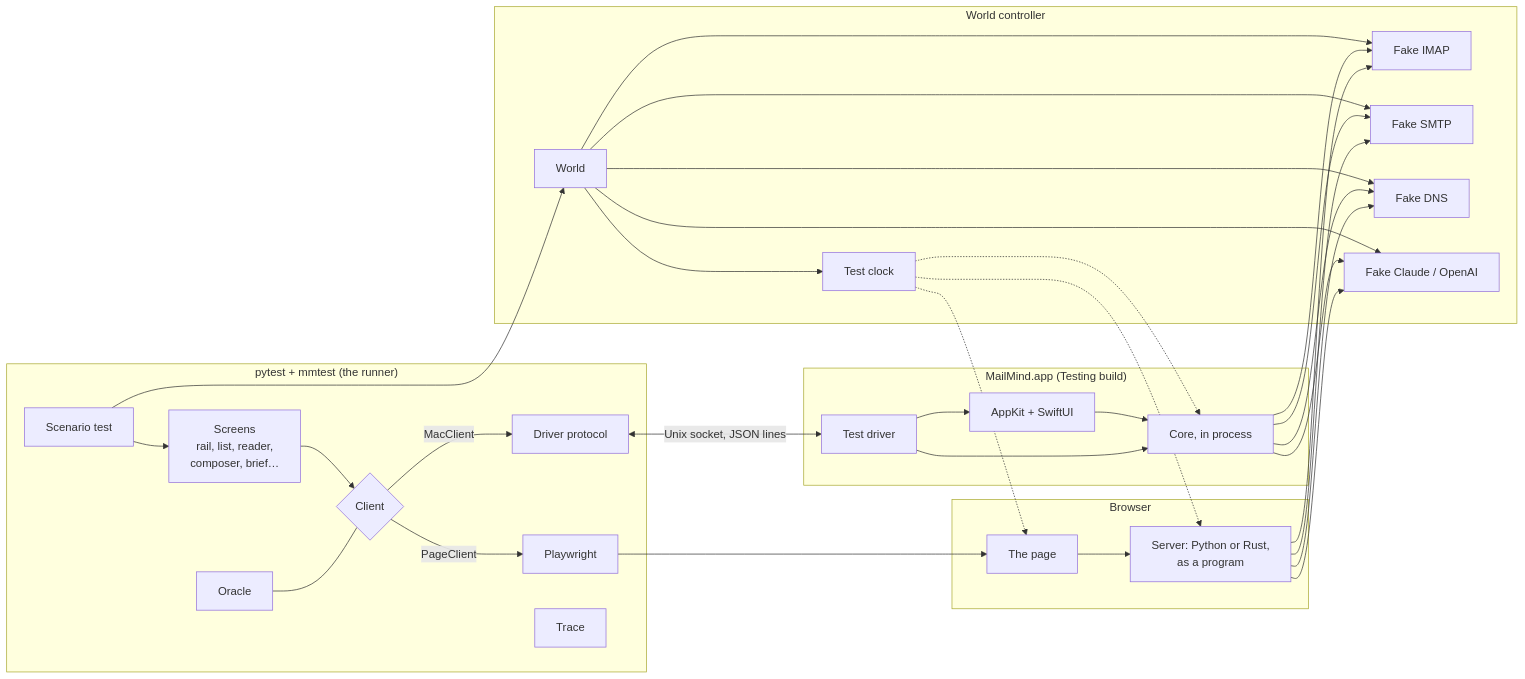
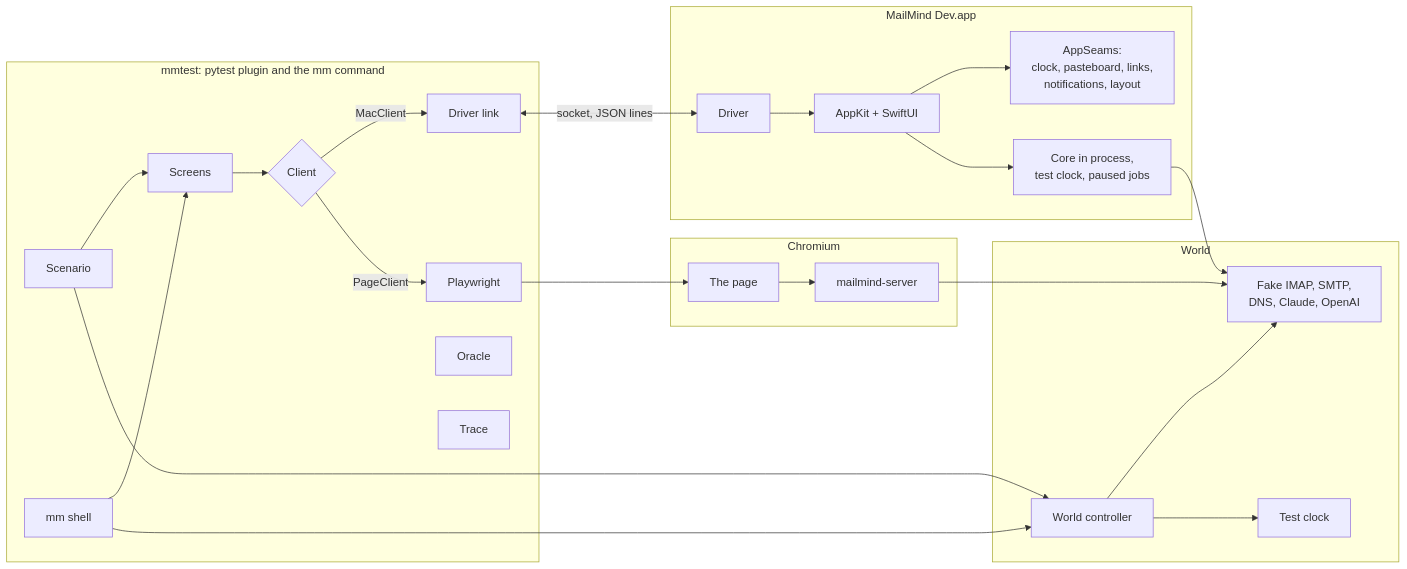
One commit to lanterno/mailmind changed the first of 2 diagrams in docs/test-architecture.md. Above: the diagram before and after it, drawn with Mermaid. The commit also changed other lines of this file and 1 other file, not shown here.

Commit message:
Revise the end-to-end framework after review: two lanes, MailMind Dev and its seams, one test clock, settling on event ids, mm, plain Python

````diff
--- a/docs/test-architecture.md
+++ b/docs/test-architecture.md
@@ -13,36 +14,32 @@
 ```mermaid
 flowchart LR
-    subgraph Runner["pytest + mmtest (the runner)"]
-        T[Scenario test] --> S[Screens<br/>rail, list, reader,<br/>composer, brief…]
+    subgraph Runner["mmtest: pytest plugin and the mm command"]
+        T[Scenario] --> S[Screens]
+        CLI[mm shell] --> S
         S --> C{Client}
-        C -->|MacClient| MD[Driver protocol]
+        C -->|MacClient| MD[Driver link]
         C -->|PageClient| PW[Playwright]
-        O[Oracle] --- C
+        O[Oracle]
         TR[Trace]
     end
 
-    subgraph World["World controller"]
-        W[World] --> IMAP[Fake IMAP]
-        W --> SMTP[Fake SMTP]
-        W --> DNS[Fake DNS]
-        W --> AI[Fake Claude / OpenAI]
+    subgraph World["World"]
+        W[World controller] --> F[Fake IMAP, SMTP,<br/>DNS, Claude, OpenAI]
         W --> CLK[Test clock]
     end
 
-    subgraph Mac["MailMind.app (Testing build)"]
-        DRV[Test driver] --> UI[AppKit + SwiftUI]
-        UI --> CORE[Core, in process]
-        DRV --> CORE
+    subgraph Mac["MailMind Dev.app"]
+        DRV[Driver] --> UI[AppKit + SwiftUI]
+        UI --> SEAMS[AppSeams:<br/>clock, pasteboard, links,<br/>notifications, layout]
+        UI --> CORE[Core in process,<br/>test clock, paused jobs]
     end
 
-    subgraph Web["Browser"]
-        PAGE[The page] --> SRV[Server: Python or Rust,<br/>as a program]
+    subgraph Web["Chromium"]
+        PAGE[The page] --> SRV[mailmind-server]
     end
 
-    MD <-->|Unix socket, JSON lines| DRV
+    MD <-->|socket, JSON lines| DRV
     PW --> PAGE
-    T --> W
-    CORE --> IMAP & SMTP & DNS & AI
-    SRV --> IMAP & SMTP & DNS & AI
-    CLK -.-> CORE & SRV & PAGE
+    T & CLI --> W
+    CORE & SRV --> F
 ```
````
